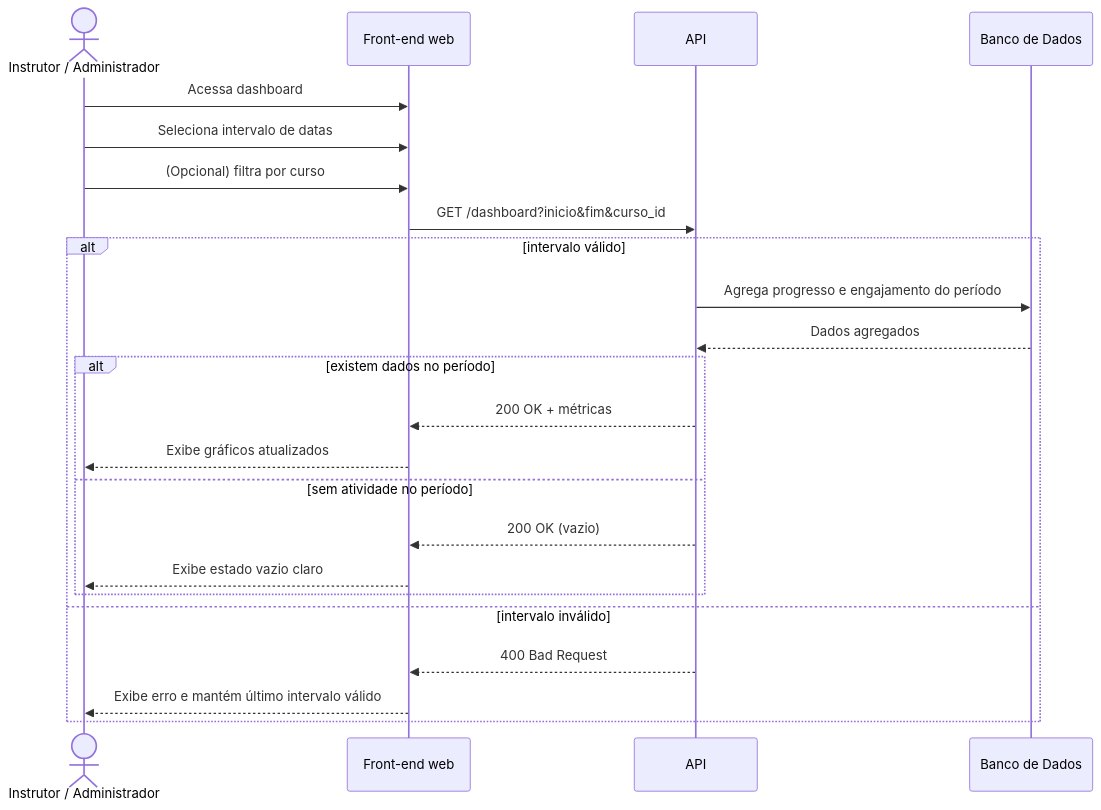
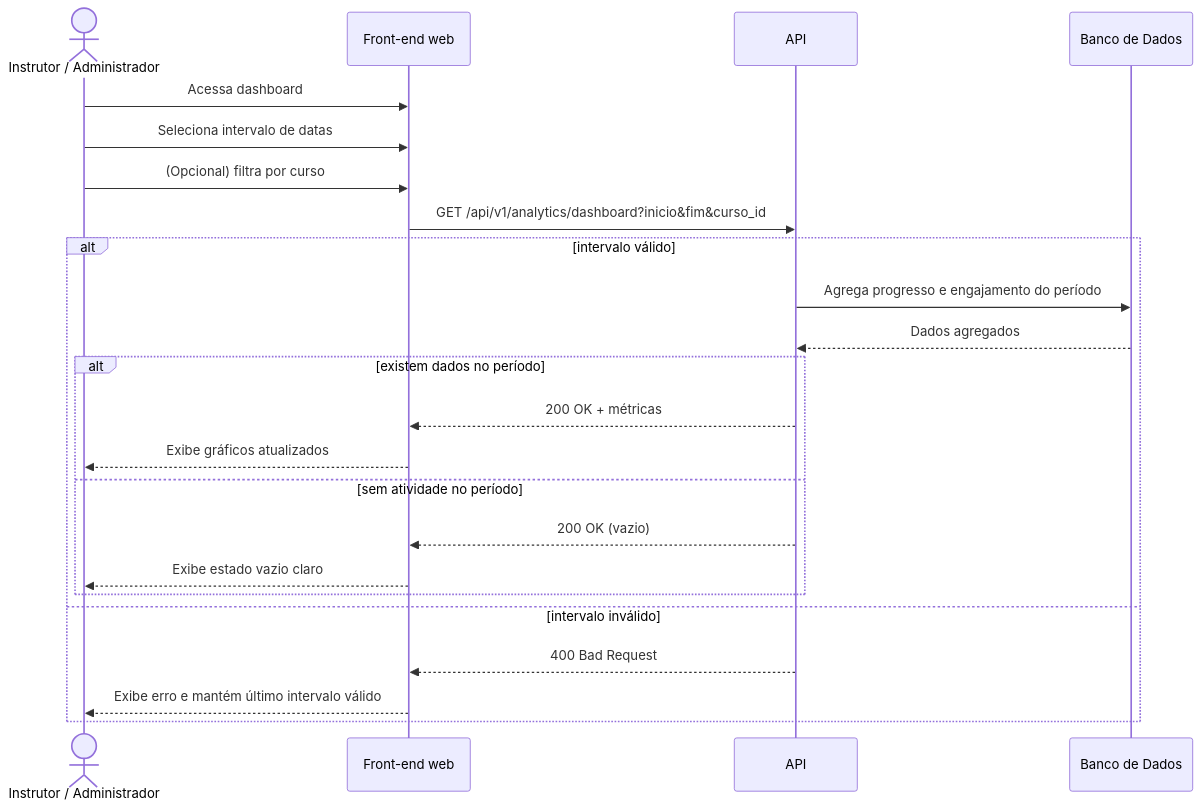
Before and after one commit to Plataforma-de-Cursos-TCC/plataforma-cursos-docs: the diagram in docs/ssd/UC007-ver-dashboard-com-filtro.md, drawn with Mermaid. The commit also changed 16 other files, not shown here.

````diff
--- a/docs/ssd/UC007-ver-dashboard-com-filtro.md
+++ b/docs/ssd/UC007-ver-dashboard-com-filtro.md
@@ -5,26 +5,26 @@
 ```mermaid
 sequenceDiagram
     actor User as Instrutor / Administrador
     participant FE as Front-end web
     participant API
     participant DB as Banco de Dados
 
     User->>FE: Acessa dashboard
     User->>FE: Seleciona intervalo de datas
     User->>FE: (Opcional) filtra por curso
-    FE->>API: GET /dashboard?inicio&fim&curso_id
+    FE->>API: GET /api/v1/analytics/dashboard?inicio&fim&curso_id
     alt intervalo válido
         API->>DB: Agrega progresso e engajamento do período
         DB-->>API: Dados agregados
         alt existem dados no período
             API-->>FE: 200 OK + métricas
             FE-->>User: Exibe gráficos atualizados
         else sem atividade no período
             API-->>FE: 200 OK (vazio)
             FE-->>User: Exibe estado vazio claro
         end
     else intervalo inválido
         API-->>FE: 400 Bad Request
         FE-->>User: Exibe erro e mantém último intervalo válido
     end
 ```
````
